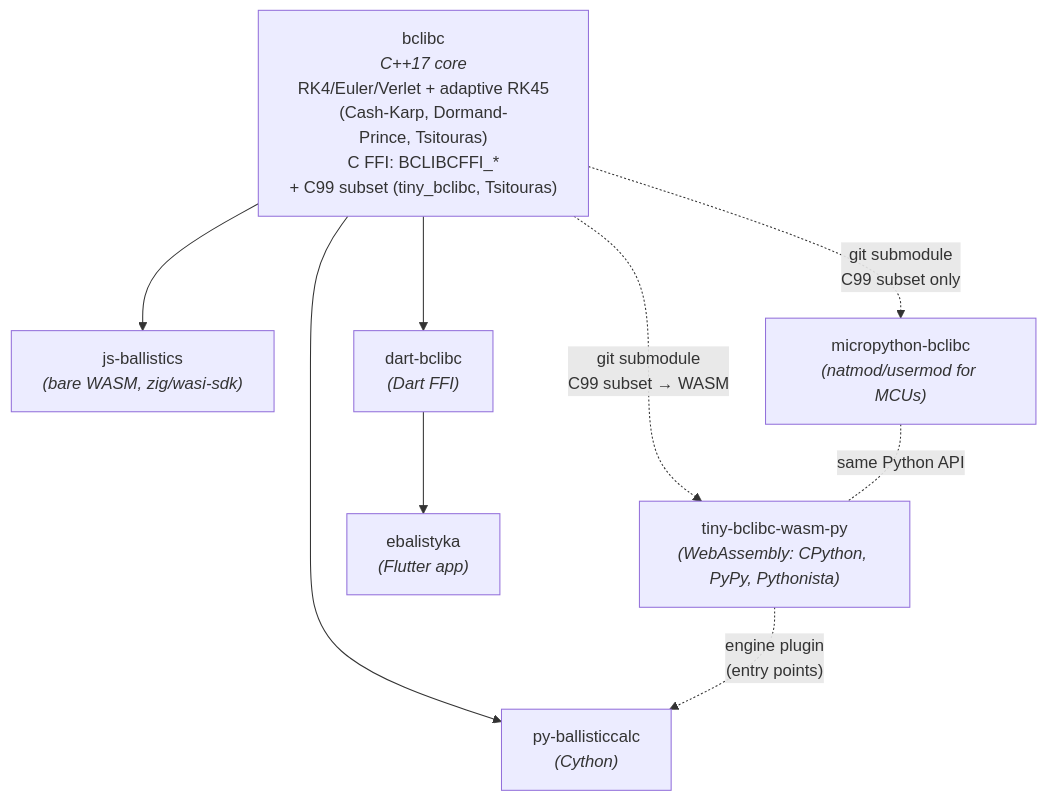
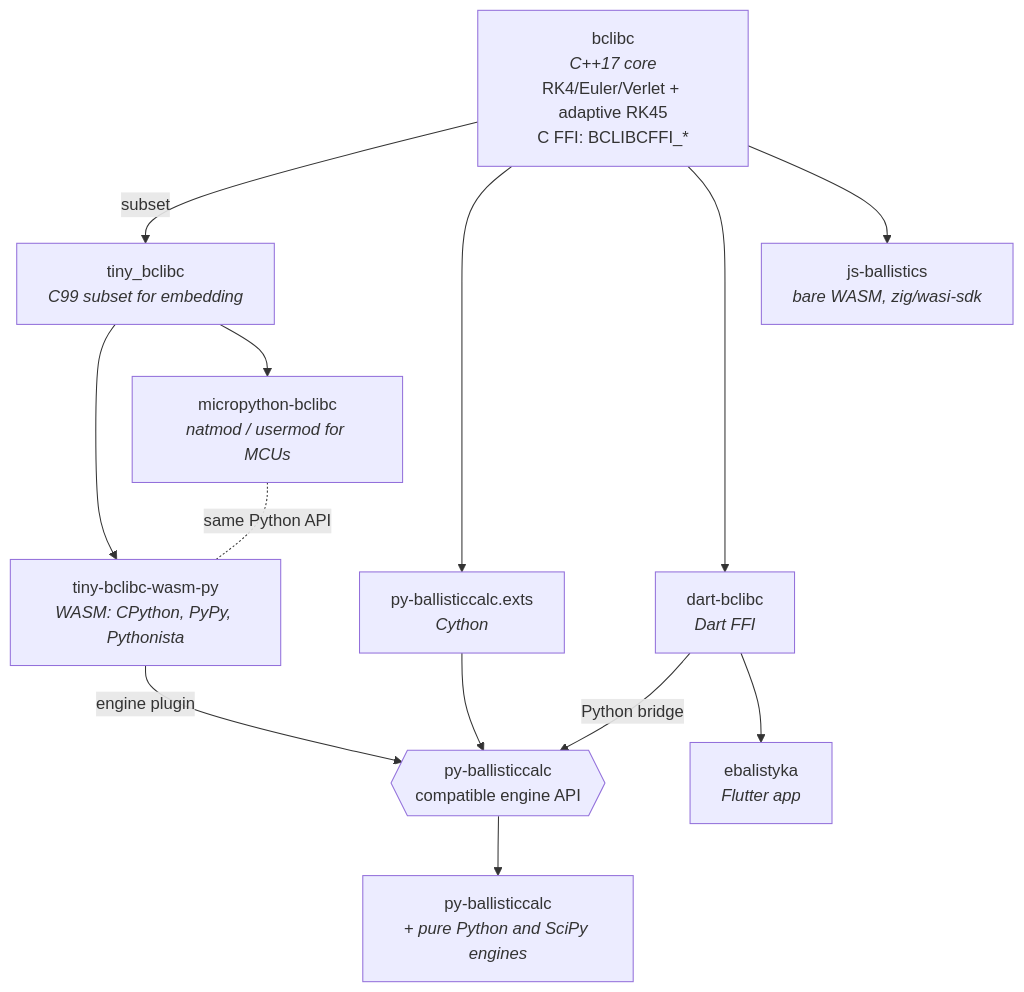
Before and after one commit to ballistics-lab/.github: the first of 2 diagrams in README.md, drawn with Mermaid.

Commit message:
Update README with improved flowchart and descriptions

````diff
--- a/README.md
+++ b/README.md
@@ -23,13 +23,21 @@
 ```mermaid
 flowchart TD
-    A["bclibc<br><i>C++17&nbsp;core</i><br>RK4/Euler/Verlet&nbsp;+&nbsp;adaptive&nbsp;RK45<br>(Cash-Karp,&nbsp;Dormand-Prince,&nbsp;Tsitouras)<br>C&nbsp;FFI:&nbsp;BCLIBCFFI_*<br>+&nbsp;C99&nbsp;subset&nbsp;(tiny_bclibc,&nbsp;Tsitouras)"]
+    A["bclibc<br><i>C++17 core</i><br>RK4/Euler/Verlet + adaptive RK45<br>C FFI: BCLIBCFFI_*"]
+    A2["tiny_bclibc<br><i>C99 subset for embedding</i>"]
+    A -->|"subset"| A2
 
-    A --> B["py-ballisticcalc<br><i>(Cython)</i>"]
-    A --> C["js-ballistics<br><i>(bare WASM, zig/wasi-sdk)</i>"]
-    A --> D["dart-bclibc<br><i>(Dart FFI)</i>"]
-    A -.->|"git submodule<br>C99 subset only"| E["micropython-bclibc<br><i>(natmod/usermod for MCUs)</i>"]
-    A -.->|"git submodule<br>C99 subset → WASM"| T["tiny-bclibc-wasm-py<br><i>(WebAssembly: CPython, PyPy, Pythonista)</i>"]
-    T -.->|"engine plugin<br>(entry points)"| B
+    A --> X["py-ballisticcalc.exts<br><i>Cython</i>"]
+    A --> D["dart-bclibc<br><i>Dart FFI</i>"]
+    A --> J["js-ballistics<br><i>bare WASM, zig/wasi-sdk</i>"]
+    A2 --> T["tiny-bclibc-wasm-py<br><i>WASM: CPython, PyPy, Pythonista</i>"]
+    A2 --> E["micropython-bclibc<br><i>natmod / usermod for MCUs</i>"]
+
+    API{{"py-ballisticcalc<br>compatible engine API"}}
+    X --> API
+    D -->|"Python bridge"| API
+    T -->|"engine plugin"| API
+    API --> P["py-ballisticcalc<br><i>+ pure Python and SciPy engines</i>"]
+
     E -.-|"same Python API"| T
-    D --> F["ebalistyka<br><i>(Flutter app)</i>"]
+    D --> F["ebalistyka<br><i>Flutter app</i>"]
 ```
````
